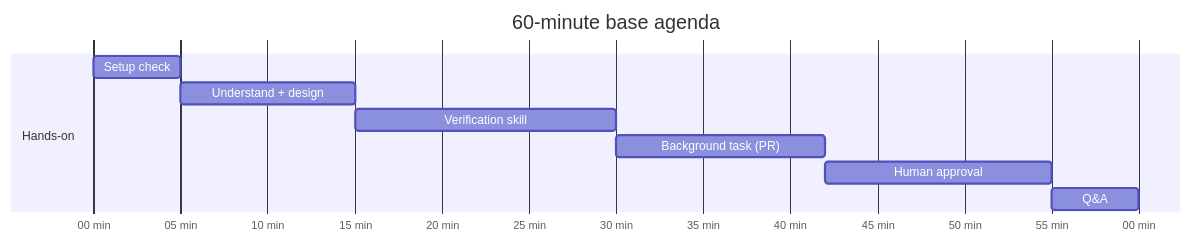
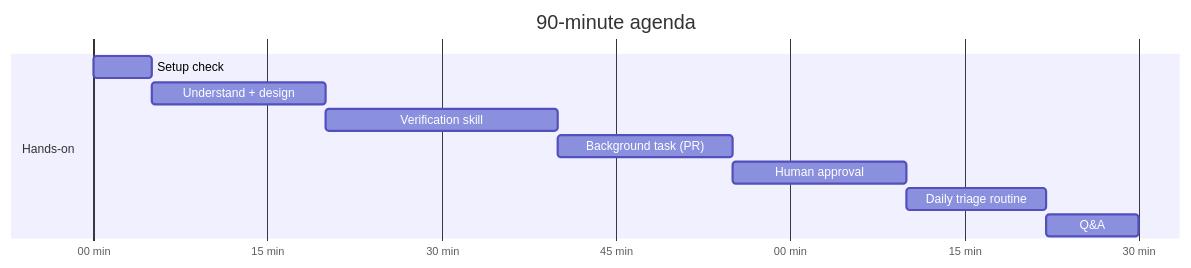
One commit to glaucia86/grok-bot-engineering-workshop changed the second of 4 diagrams in README.md. Above: the diagram before and after it, drawn with Mermaid. The commit also changed other lines of this file and 1 other file, not shown here.

Commit message:
docs: make 90 minutes the main workshop agenda

````diff
--- a/README.md
+++ b/README.md
@@ -95,13 +95,14 @@
 ```mermaid
 gantt
-    title 60-minute base agenda
+    title 90-minute agenda
     dateFormat mm
     axisFormat %M min
     section Hands-on
     Setup check            :a1, 00, 5m
-    Understand + design    :a2, after a1, 10m
-    Verification skill     :a3, after a2, 15m
-    Background task (PR)   :a4, after a3, 12m
-    Human approval         :a5, after a4, 13m
-    Q&A                    :a6, after a5, 5m
+    Understand + design    :a2, after a1, 15m
+    Verification skill     :a3, after a2, 20m
+    Background task (PR)   :a4, after a3, 15m
+    Human approval         :a5, after a4, 15m
+    Daily triage routine   :a6, after a5, 12m
+    Q&A                    :a7, after a6, 8m
 ```
````
